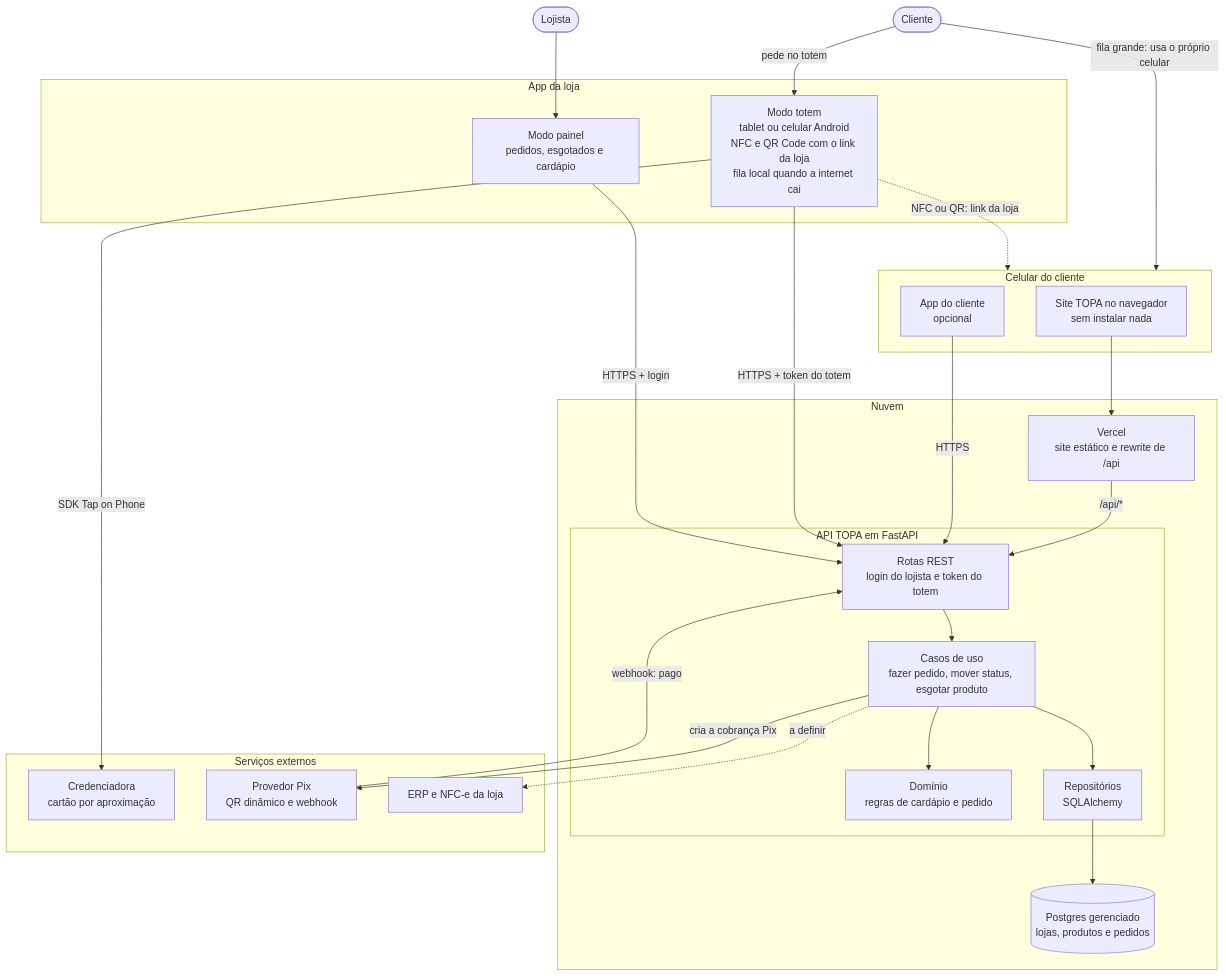
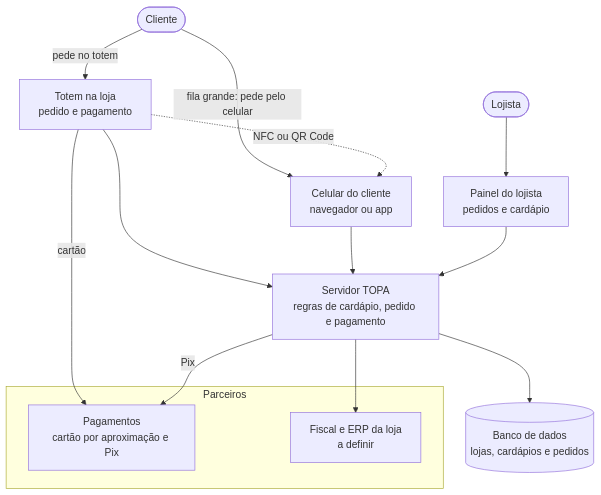
Before and after one commit to kaualimadesouza/EI: the diagram in README.md, drawn with Mermaid. The commit also changed other lines of this file, not shown here.

Commit message:
docs: draw the architecture at product level
The owner found the first diagram too low level. Keep who uses TOPA, on which device, the server, the database and the partners; drop the API layers, Vercel, auth labels and the bullets that repeated the drawing, and the deploy details from the cloud paragraph.

````diff
--- a/README.md
+++ b/README.md
@@ -70,53 +66,31 @@
 ```mermaid
 flowchart TB
     cliente(["Cliente"])
     lojista(["Lojista"])
 
-    subgraph celular["Celular do cliente"]
-        site["Site TOPA no navegador<br/>sem instalar nada"]
-        appcliente["App do cliente<br/>opcional"]
+    totem["Totem na loja<br/>pedido e pagamento"]
+    celular["Celular do cliente<br/>navegador ou app"]
+    painel["Painel do lojista<br/>pedidos e cardápio"]
+
+    servidor["Servidor TOPA<br/>regras de cardápio, pedido e pagamento"]
+    banco[("Banco de dados<br/>lojas, cardápios e pedidos")]
+
+    subgraph parceiros["Parceiros"]
+        pagamentos["Pagamentos<br/>cartão por aproximação e Pix"]
+        fiscal["Fiscal e ERP da loja<br/>a definir"]
     end
 
-    subgraph loja["App da loja"]
-        totem["Modo totem<br/>tablet ou celular Android<br/>NFC e QR Code com o link da loja<br/>fila local quando a internet cai"]
-        painel["Modo painel<br/>pedidos, esgotados e cardápio"]
-    end
+    cliente -- "pede no totem" --> totem
+    cliente -- "fila grande: pede pelo celular" --> celular
+    totem -. "NFC ou QR Code" .-> celular
+    lojista --> painel
 
-    subgraph nuvem["Nuvem"]
-        vercel["Vercel<br/>site estático e rewrite de /api"]
-        subgraph api["API TOPA em FastAPI"]
-            rotas["Rotas REST<br/>login do lojista e token do totem"]
-            casos["Casos de uso<br/>fazer pedido, mover status, esgotar produto"]
-            dominio["Domínio<br/>regras de cardápio e pedido"]
-            repos["Repositórios<br/>SQLAlchemy"]
-        end
-        db[("Postgres gerenciado<br/>lojas, produtos e pedidos")]
-    end
+    totem --> servidor
+    celular --> servidor
+    painel --> servidor
+    servidor --> banco
 
-    subgraph externos["Serviços externos"]
-        credenciadora["Credenciadora<br/>cartão por aproximação"]
-        psp["Provedor Pix<br/>QR dinâmico e webhook"]
-        fiscal["ERP e NFC-e da loja"]
-    end
-
-    cliente -- "fila grande: usa o próprio celular" --> celular
-    cliente -- "pede no totem" --> totem
-    lojista --> painel
-    totem -. "NFC ou QR: link da loja" .-> celular
-
-    site --> vercel
-    vercel -- "/api/*" --> rotas
-    appcliente -- "HTTPS" --> rotas
-    totem -- "HTTPS + token do totem" --> rotas
-    painel -- "HTTPS + login" --> rotas
-
-    rotas --> casos
-    casos --> dominio
-    casos --> repos
-    repos --> db
-
-    totem -- "SDK Tap on Phone" --> credenciadora
-    casos -- "cria a cobrança Pix" --> psp
-    psp -- "webhook: pago" --> rotas
-    casos -. "a definir" .-> fiscal
+    totem -- "cartão" --> pagamentos
+    servidor -- "Pix" --> pagamentos
+    servidor --> fiscal
 ```
````
